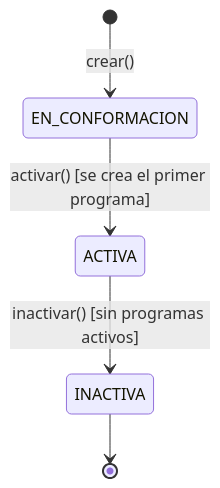
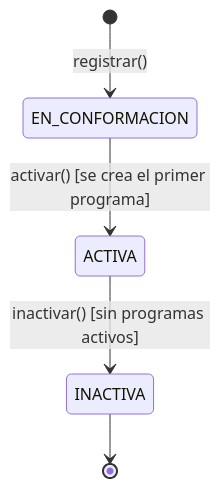
The fifth of 14 diagrams in documentacion/docs/06-diagramas-comportamiento/README.md (JaiderSoto07/kudos-backend), drawn with Mermaid before and after one commit. The commit also changed other lines of this file and 143 other files, not shown here.

````diff
--- a/documentacion/docs/06-diagramas-comportamiento/README.md
+++ b/documentacion/docs/06-diagramas-comportamiento/README.md
@@ -129,7 +129,7 @@
 ```mermaid
 stateDiagram-v2
-    [*] --> EN_CONFORMACION : crear()
+    [*] --> EN_CONFORMACION : registrar()
     EN_CONFORMACION --> ACTIVA : activar() [se crea el primer programa]
     ACTIVA --> INACTIVA : inactivar() [sin programas activos]
     INACTIVA --> [*]
 ```
````
